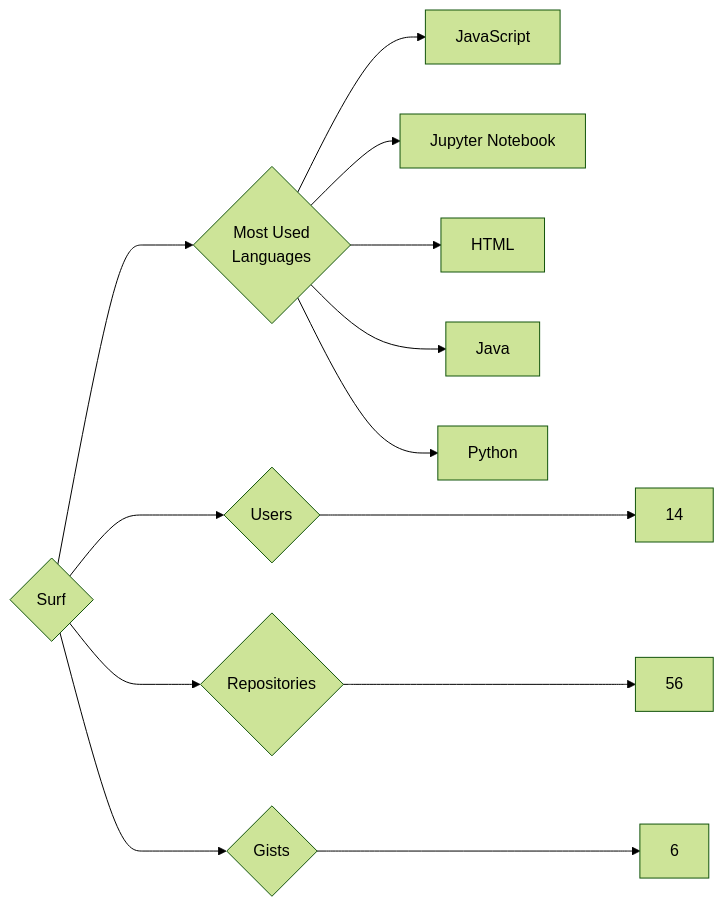
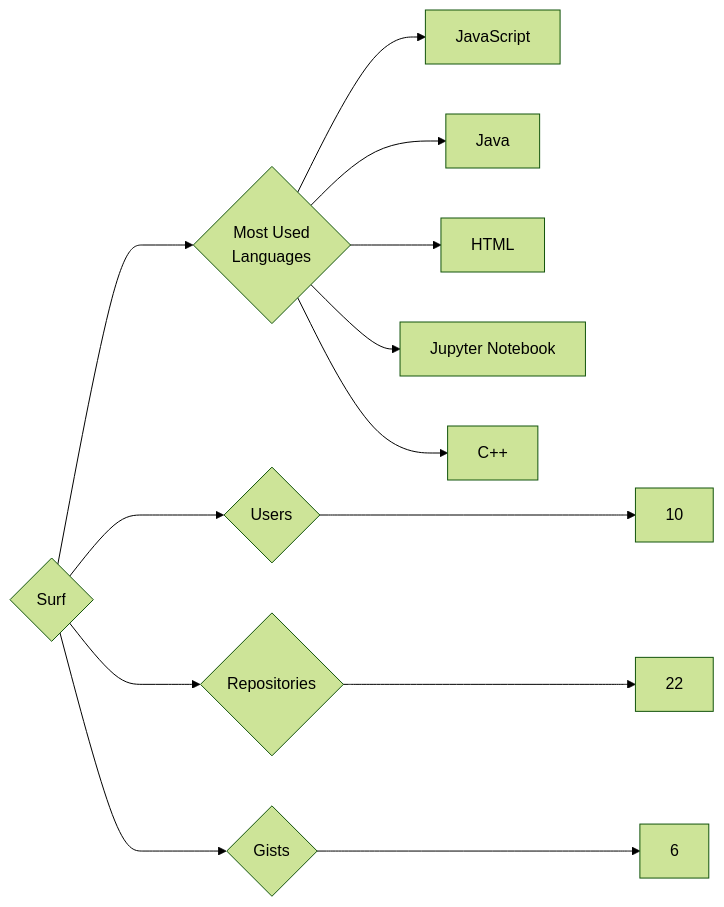
Before and after one commit to trickest/insiders: the diagram in targets/Surf/README.md, drawn with Mermaid (forest theme). The commit also changed 1011 other files, not shown here.

````diff
--- a/targets/Surf/README.md
+++ b/targets/Surf/README.md
@@ -3,13 +3,13 @@
 ```mermaid
 graph LR
 COMPANY_NAME{Surf}
-COMPANY_NAME ---> U{Users} ---> UN[14]
-COMPANY_NAME ---> R{Repositories} ---> RN[56]
+COMPANY_NAME ---> U{Users} ---> UN[10]
+COMPANY_NAME ---> R{Repositories} ---> RN[22]
 COMPANY_NAME ---> G{Gists} ---> GN[6]
 COMPANY_NAME ---> ML{Most Used<br>Languages}
 ML --> JavaScript[JavaScript]
+ML --> Java[Java]
+ML --> HTML[HTML]
 ML --> Jupyter_Notebook[Jupyter Notebook]
-ML --> HTML[HTML]
-ML --> Java[Java]
-ML --> Python[Python]
+ML --> C++[C++]
 ```
````
